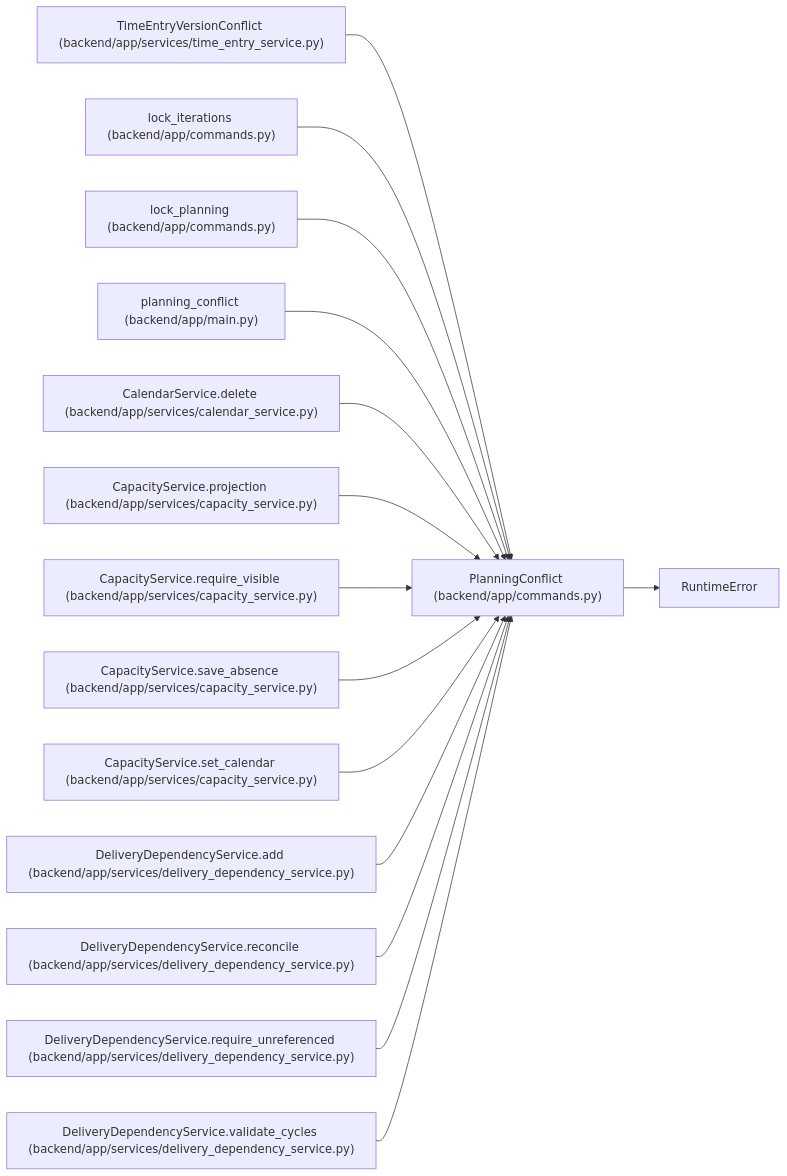
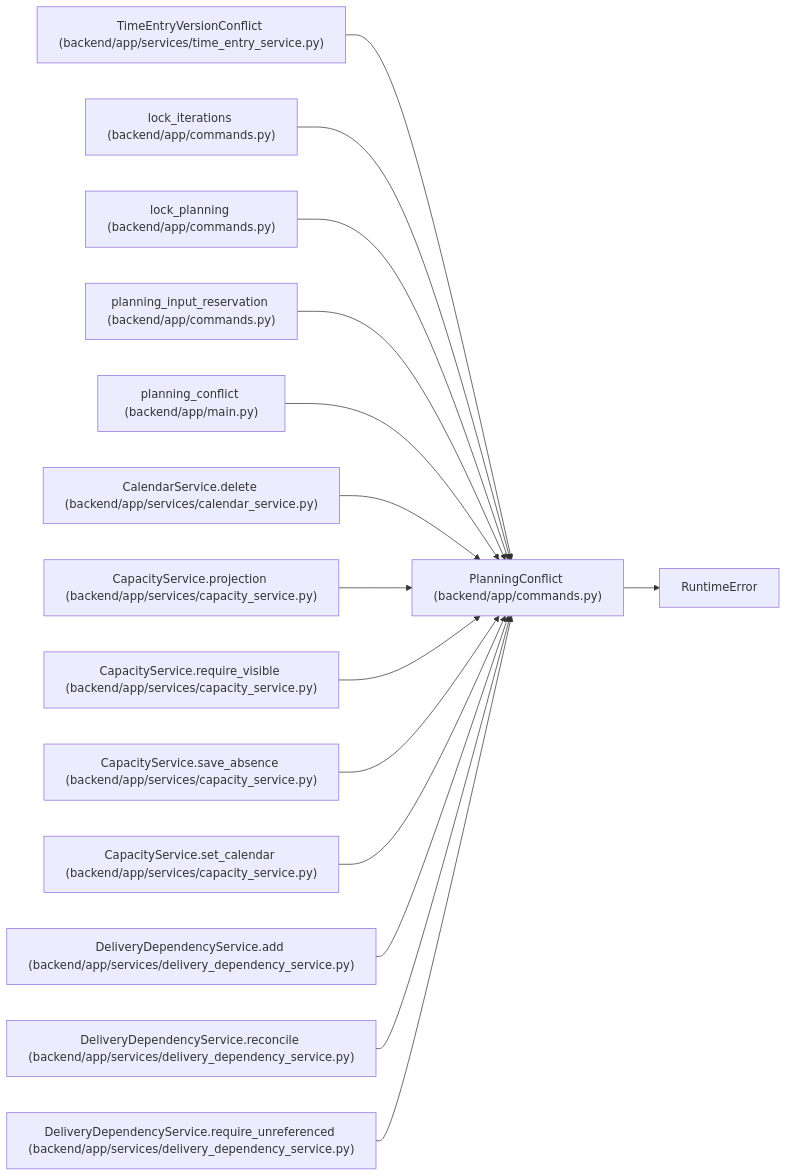
Before and after one commit to Denissvgn/WorkChord: the diagram in docs/llm_wiki/entities/PlanningConflict.md, drawn with Mermaid. The commit also changed other lines of this file and 10148 other files, not shown here.

````diff
--- a/docs/llm_wiki/entities/PlanningConflict.md
+++ b/docs/llm_wiki/entities/PlanningConflict.md
@@ -26,46 +26,46 @@
 ```mermaid
 flowchart LR
     n0["PlanningConflict (backend/app/commands.py)"]
     n1["RuntimeError"]
     n2["TimeEntryVersionConflict (backend/app/services/time_entry_service.py)"]
     n3["lock_iterations (backend/app/commands.py)"]
     n4["lock_planning (backend/app/commands.py)"]
-    n5["planning_conflict (backend/app/main.py)"]
-    n6["CalendarService.delete (backend/app/services/calendar_service.py)"]
-    n7["CapacityService.projection (backend/app/services/capacity_service.py)"]
-    n8["CapacityService.require_visible (backend/app/services/capacity_service.py)"]
-    n9["CapacityService.save_absence (backend/app/services/capacity_service.py)"]
-    n10["CapacityService.set_calendar (backend/app/services/capacity_service.py)"]
-    n11["DeliveryDependencyService.add (backend/app/services/delivery_dependency_service.py)"]
-    n12["DeliveryDependencyService.reconcile (backend/app/services/delivery_dependency_service.py)"]
-    n13["DeliveryDependencyService.require_unreferenced (backend/app/services/delivery_dependency_service.py)"]
-    n14["DeliveryDependencyService.validate_cycles (backend/app/services/delivery_dependency_service.py)"]
+    n5["planning_input_reservation (backend/app/commands.py)"]
+    n6["planning_conflict (backend/app/main.py)"]
+    n7["CalendarService.delete (backend/app/services/calendar_service.py)"]
+    n8["CapacityService.projection (backend/app/services/capacity_service.py)"]
+    n9["CapacityService.require_visible (backend/app/services/capacity_service.py)"]
+    n10["CapacityService.save_absence (backend/app/services/capacity_service.py)"]
+    n11["CapacityService.set_calendar (backend/app/services/capacity_service.py)"]
+    n12["DeliveryDependencyService.add (backend/app/services/delivery_dependency_service.py)"]
+    n13["DeliveryDependencyService.reconcile (backend/app/services/delivery_dependency_service.py)"]
+    n14["DeliveryDependencyService.require_unreferenced (backend/app/services/delivery_dependency_service.py)"]
     n0 --> n1
     n2 --> n0
     n3 --> n0
     n4 --> n0
     n5 --> n0
     n6 --> n0
     n7 --> n0
     n8 --> n0
     n9 --> n0
     n10 --> n0
     n11 --> n0
     n12 --> n0
     n13 --> n0
     n14 --> n0
     click n0 "../modules/commands.md"
     click n2 "../modules/time_entry_service.md"
     click n3 "../modules/commands.md"
     click n4 "../modules/commands.md"
-    click n5 "../modules/app_main.md"
-    click n6 "../modules/calendar_service.md"
-    click n7 "../modules/capacity_service.md"
+    click n5 "../modules/commands.md"
+    click n6 "../modules/app_main.md"
+    click n7 "../modules/calendar_service.md"
     click n8 "../modules/capacity_service.md"
     click n9 "../modules/capacity_service.md"
     click n10 "../modules/capacity_service.md"
-    click n11 "../modules/delivery_dependency_service.md"
+    click n11 "../modules/capacity_service.md"
     click n12 "../modules/delivery_dependency_service.md"
     click n13 "../modules/delivery_dependency_service.md"
     click n14 "../modules/delivery_dependency_service.md"
 ```
````
